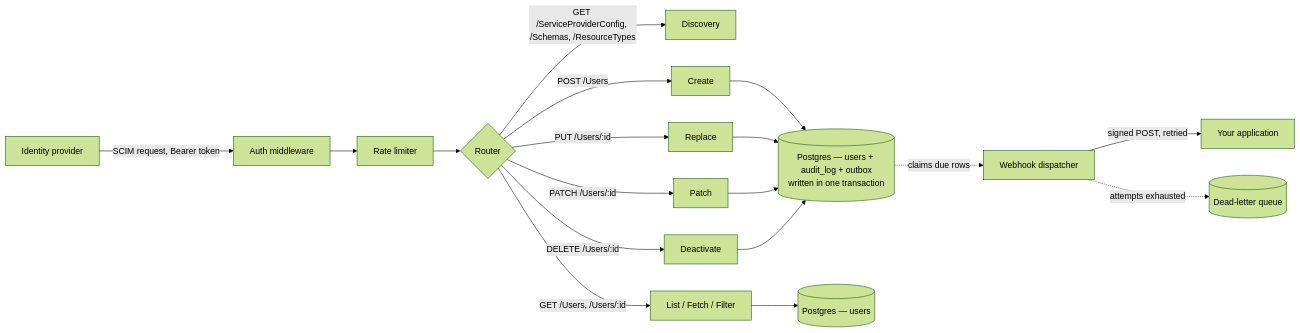
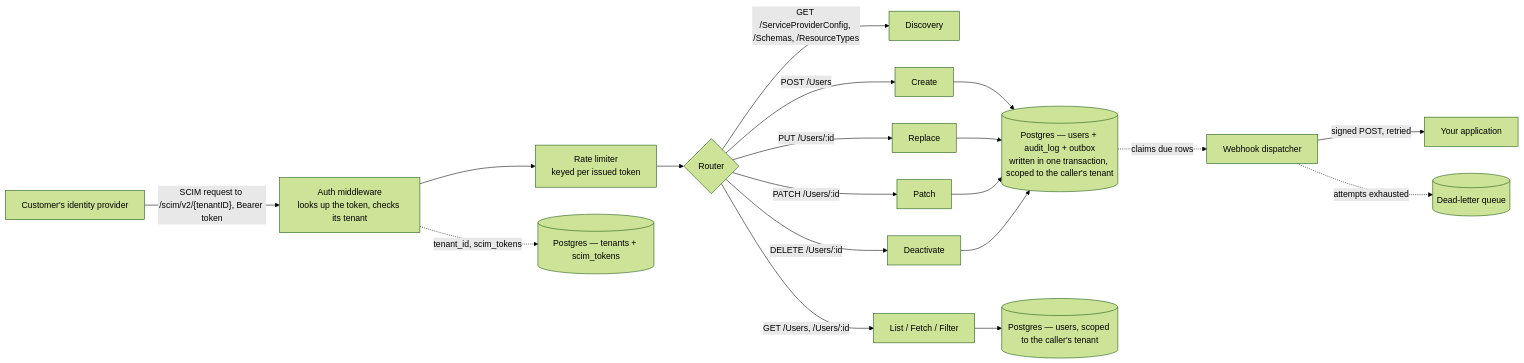
One commit to meghamahna/SCIMage changed the diagram in README.md. Above: the diagram before and after it, drawn with Mermaid (forest theme). The commit also changed other lines of this file and 5 other files, not shown here.

````diff
--- a/README.md
+++ b/README.md
@@ -45,20 +45,21 @@
 ```mermaid
 flowchart LR
-    IDP[Identity provider] -->|SCIM request, Bearer token| AUTH[Auth middleware]
-    AUTH --> RL[Rate limiter]
+    IDP[Customer's identity provider] -->|"SCIM request to /scim/v2/{tenantID}, Bearer token"| AUTH[Auth middleware<br/>looks up the token, checks its tenant]
+    AUTH --> RL[Rate limiter<br/>keyed per issued token]
     RL --> ROUTER{Router}
     ROUTER -->|GET /ServiceProviderConfig, /Schemas, /ResourceTypes| DISCOVERY[Discovery]
     ROUTER -->|POST /Users| CREATE[Create]
     ROUTER -->|GET /Users, /Users/:id| READ[List / Fetch / Filter]
     ROUTER -->|PUT /Users/:id| UPDATE[Replace]
     ROUTER -->|PATCH /Users/:id| PATCHOP[Patch]
     ROUTER -->|DELETE /Users/:id| DEACTIVATE[Deactivate]
-    CREATE --> TX[("Postgres — users + audit_log + outbox<br/>written in one transaction")]
+    CREATE --> TX[("Postgres — users + audit_log + outbox<br/>written in one transaction, scoped to the caller's tenant")]
     UPDATE --> TX
     PATCHOP --> TX
     DEACTIVATE --> TX
-    READ --> DB[("Postgres — users")]
+    READ --> DB[("Postgres — users, scoped to the caller's tenant")]
+    AUTH -.->|"tenant_id, scim_tokens"| TENANTS[("Postgres — tenants + scim_tokens")]
     TX -.->|claims due rows| DISPATCH[Webhook dispatcher]
     DISPATCH -->|"signed POST, retried"| APP[Your application]
     DISPATCH -.->|"attempts exhausted"| DLQ[("Dead-letter queue")]
 ```
````
